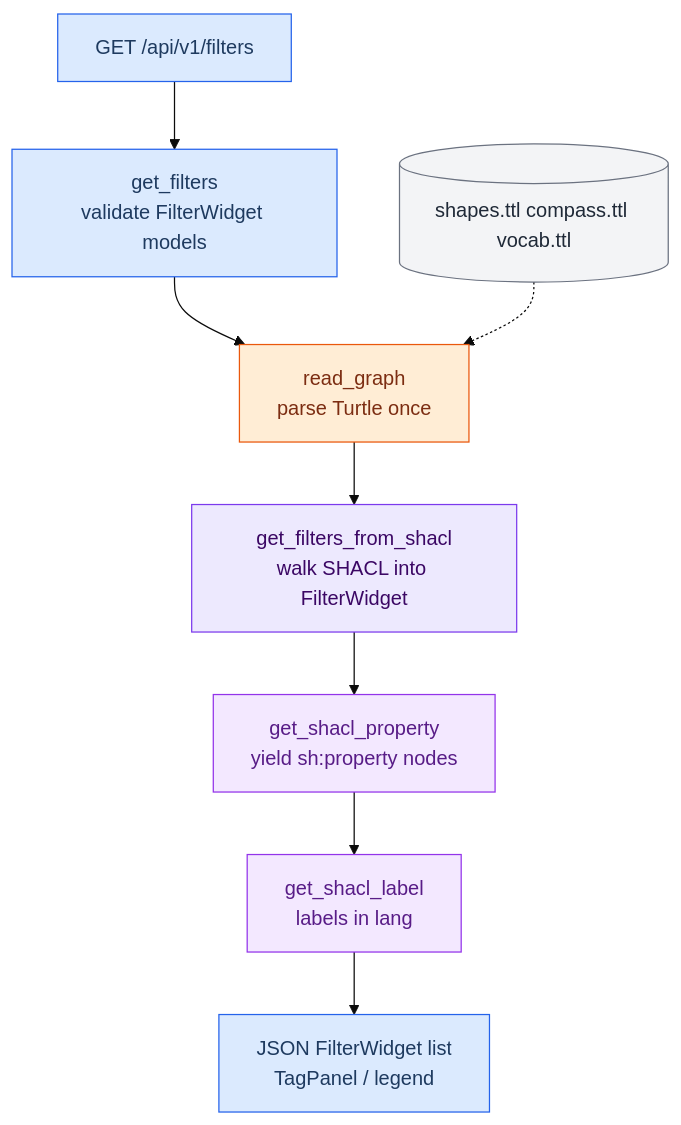
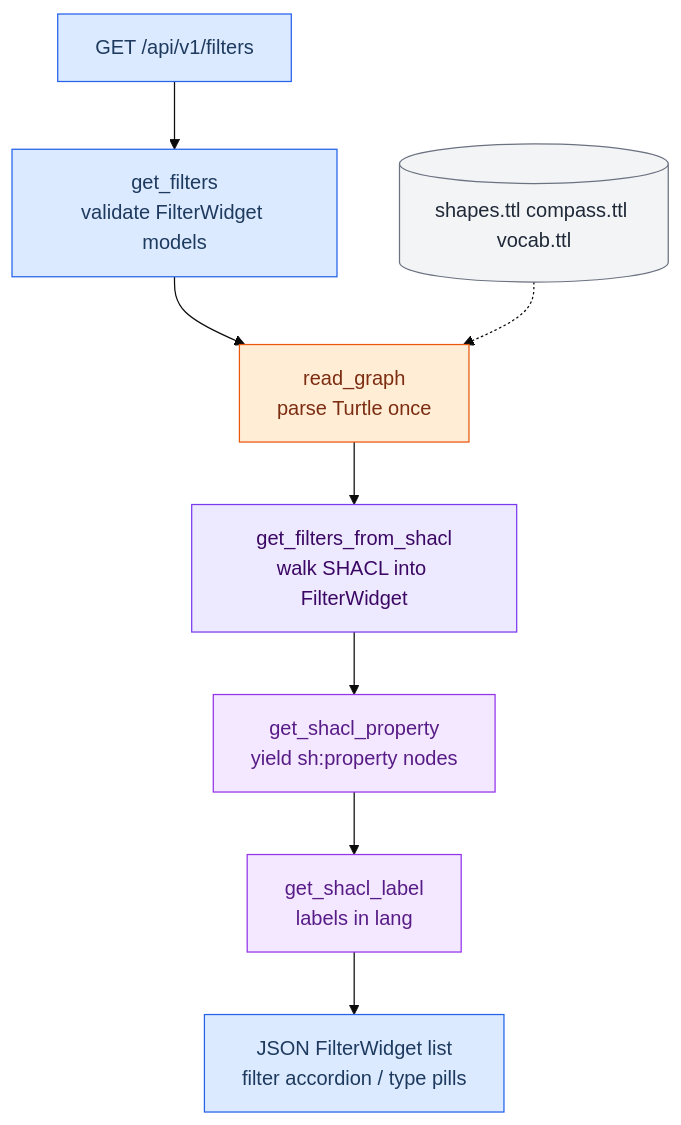
The first of 2 diagrams in docs/compass/design.md (sdsc-ordes/compass), drawn with Mermaid (base theme) before and after one commit. The commit also changed other lines of this file and 65 other files, not shown here.

````diff
--- a/docs/compass/design.md
+++ b/docs/compass/design.md
@@ -17,27 +17,27 @@
 ```mermaid
 flowchart TB
   API["GET /api/v1/filters"]
   FR["get_filters<br/>validate FilterWidget models"]
   G["read_graph<br/>parse Turtle once"]
   TTL[("shapes.ttl compass.ttl vocab.ttl")]
   F["get_filters_from_shacl<br/>walk SHACL into FilterWidget"]
   N["get_shacl_property<br/>yield sh:property nodes"]
   L["get_shacl_label<br/>labels in lang"]
-  OUT["JSON FilterWidget list<br/>TagPanel / legend"]
+  OUT["JSON FilterWidget list<br/>filter accordion / type pills"]
 
   API --> FR --> G
   TTL -.-> G
   G --> F --> N --> L --> OUT
 
   classDef router fill:#dbeafe,stroke:#2563eb,color:#1e3a5f
   classDef rdf fill:#ffedd5,stroke:#ea580c,color:#7c2d12
   classDef filtermod fill:#ede9fe,stroke:#7c3aed,color:#3b0764
   classDef entitiesmod fill:#f3e8ff,stroke:#9333ea,color:#581c87
   classDef ontology fill:#f3f4f6,stroke:#6b7280,color:#1f2937
 
   class API,OUT,FR router
   class G rdf
   class F filtermod
   class N,L entitiesmod
   class TTL ontology
 ```
````
